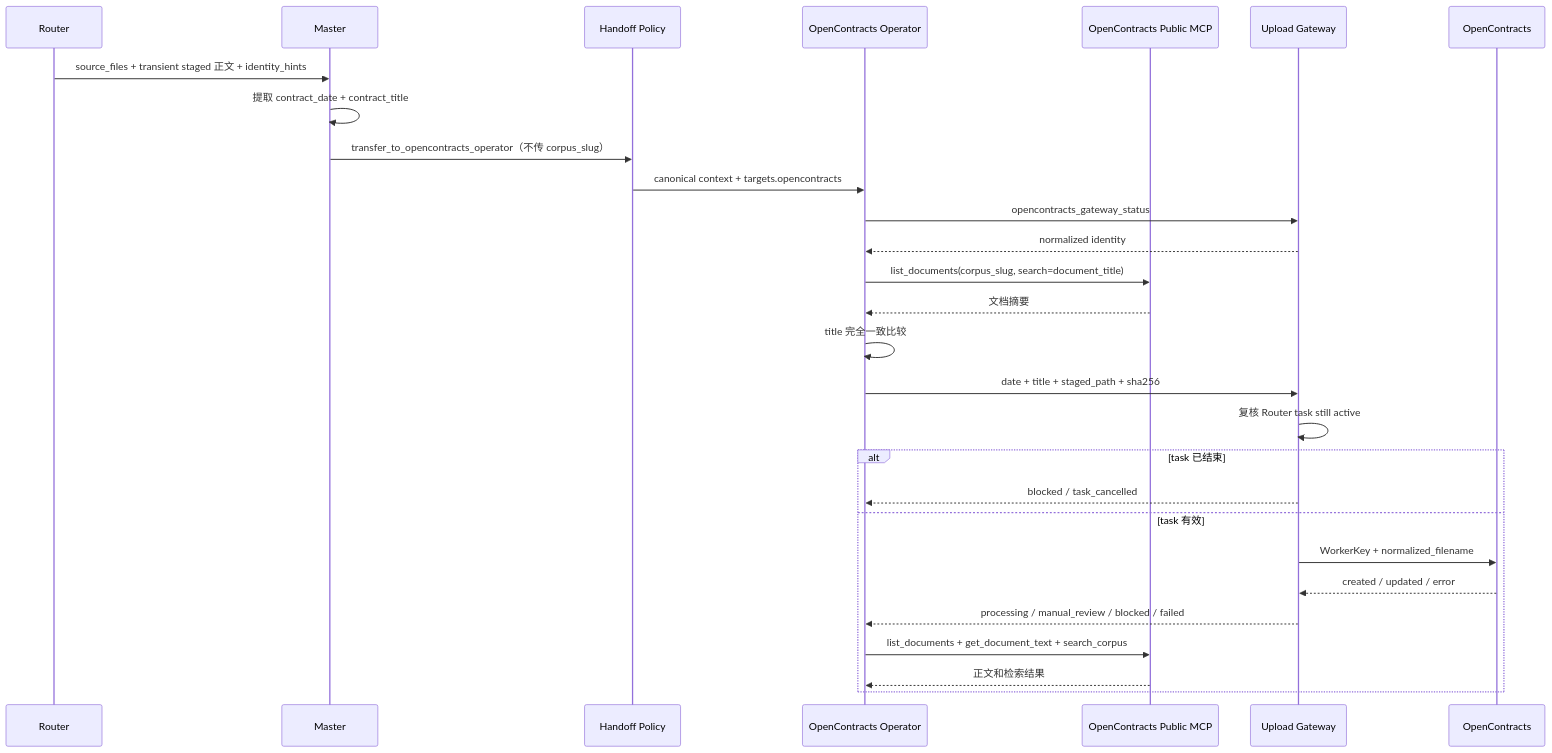
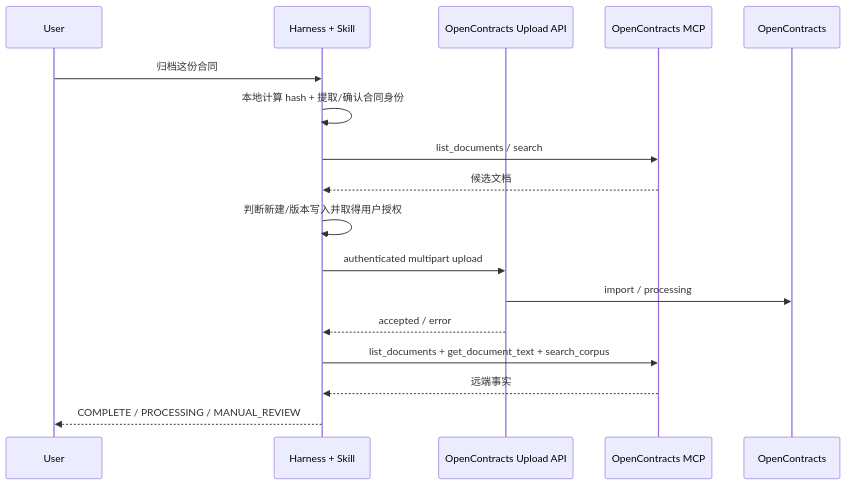
One commit to Ri0n72Y/ContractBotConfig changed the second of 2 diagrams in docs/architecture/opencontracts-integration.md. Above: the diagram before and after it, drawn with Mermaid. The commit also changed other lines of this file and 11 other files, not shown here.

Commit message:
docs: rebuild architecture and specs for WorkBuddy refactor

````diff
--- a/docs/architecture/opencontracts-integration.md
+++ b/docs/architecture/opencontracts-integration.md
@@ -112,31 +157,20 @@
 ```mermaid
 sequenceDiagram
-    participant R as Router
-    participant M as Master
-    participant H as Handoff Policy
-    participant O as OpenContracts Operator
-    participant MCP as OpenContracts Public MCP
-    participant G as Upload Gateway
+    participant U as User
+    participant H as Harness + Skill
+    participant API as OpenContracts Upload API
+    participant MCP as OpenContracts MCP
     participant OC as OpenContracts
 
-    R->>M: source_files + transient staged 正文 + identity_hints
-    M->>M: 提取 contract_date + contract_title
-    M->>H: transfer_to_opencontracts_operator（不传 corpus_slug）
-    H->>O: canonical context + targets.opencontracts
-    O->>G: opencontracts_gateway_status
-    G-->>O: normalized identity
-    O->>MCP: list_documents(corpus_slug, search=document_title)
-    MCP-->>O: 文档摘要
-    O->>O: title 完全一致比较
-    O->>G: date + title + staged_path + sha256
-    G->>G: 复核 Router task still active
-    alt task 已结束
-        G-->>O: blocked / task_cancelled
-    else task 有效
-        G->>OC: WorkerKey + normalized_filename
-        OC-->>G: created / updated / error
-        G-->>O: processing / manual_review / blocked / failed
-        O->>MCP: list_documents + get_document_text + search_corpus
-        MCP-->>O: 正文和检索结果
-    end
+    U->>H: 归档这份合同
+    H->>H: 本地计算 hash + 提取/确认合同身份
+    H->>MCP: list_documents / search
+    MCP-->>H: 候选文档
+    H->>H: 判断新建/版本写入并取得用户授权
+    H->>API: authenticated multipart upload
+    API->>OC: import / processing
+    API-->>H: accepted / error
+    H->>MCP: list_documents + get_document_text + search_corpus
+    MCP-->>H: 远端事实
+    H-->>U: COMPLETE / PROCESSING / MANUAL_REVIEW
 ```
````
